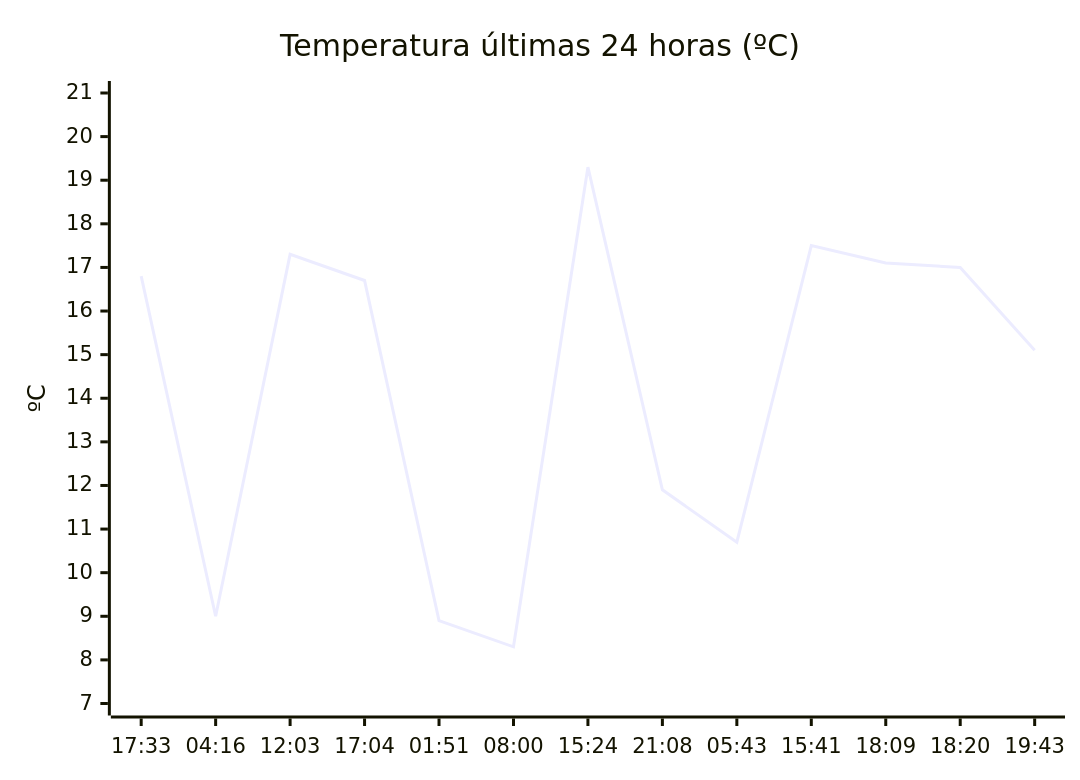
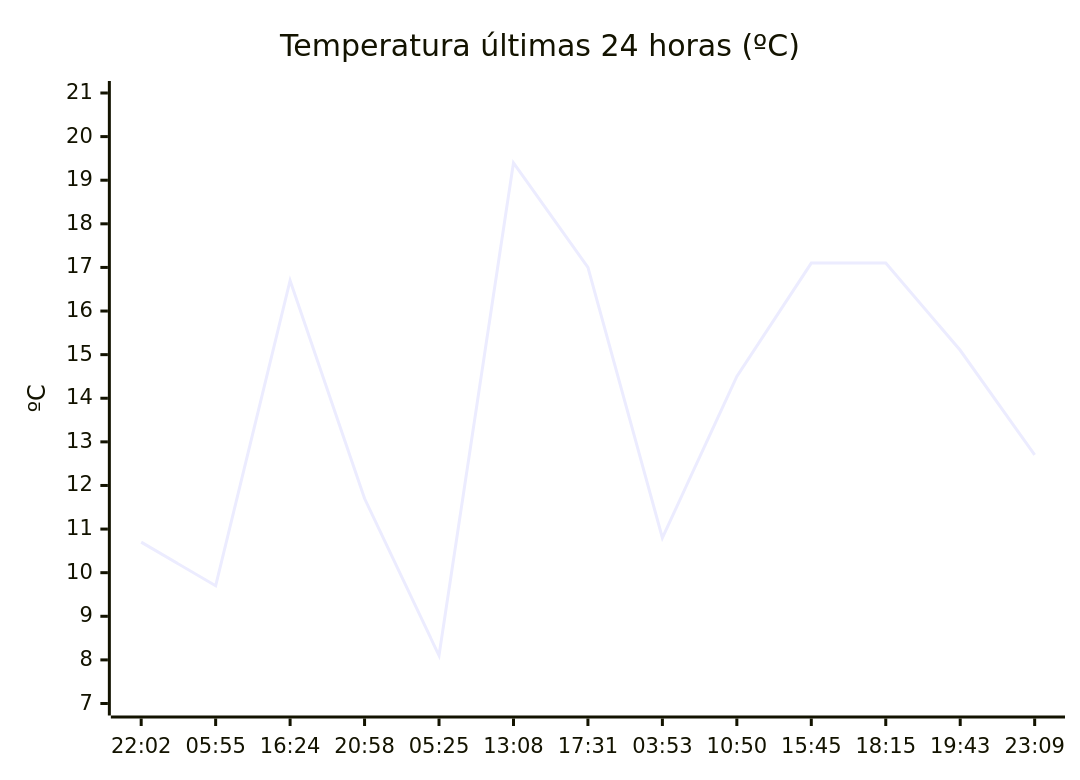
Before and after one commit to solidsnk86/rem-scrap: the diagram in README.md, drawn with Mermaid. The commit also changed other lines of this file, not shown here.

````diff
--- a/README.md
+++ b/README.md
@@ -28,7 +32,7 @@
 ```mermaid
 xychart-beta
     title "Temperatura últimas 24 horas (ºC)"
-    x-axis ["17:33", "04:16", "12:03", "17:04", "01:51", "08:00", "15:24", "21:08", "05:43", "15:41", "18:09", "18:20", "19:43"]
+    x-axis ["22:02", "05:55", "16:24", "20:58", "05:25", "13:08", "17:31", "03:53", "10:50", "15:45", "18:15", "19:43", "23:09"]
     y-axis "ºC" 7 --> 21
-    line [16.8, 9, 17.3, 16.7, 8.9, 8.3, 19.3, 11.9, 10.7, 17.5, 17.1, 17, 15.1]
+    line [10.7, 9.7, 16.7, 11.7, 8.1, 19.4, 17, 10.8, 14.5, 17.1, 17.1, 15.1, 12.7]
 ```
````
